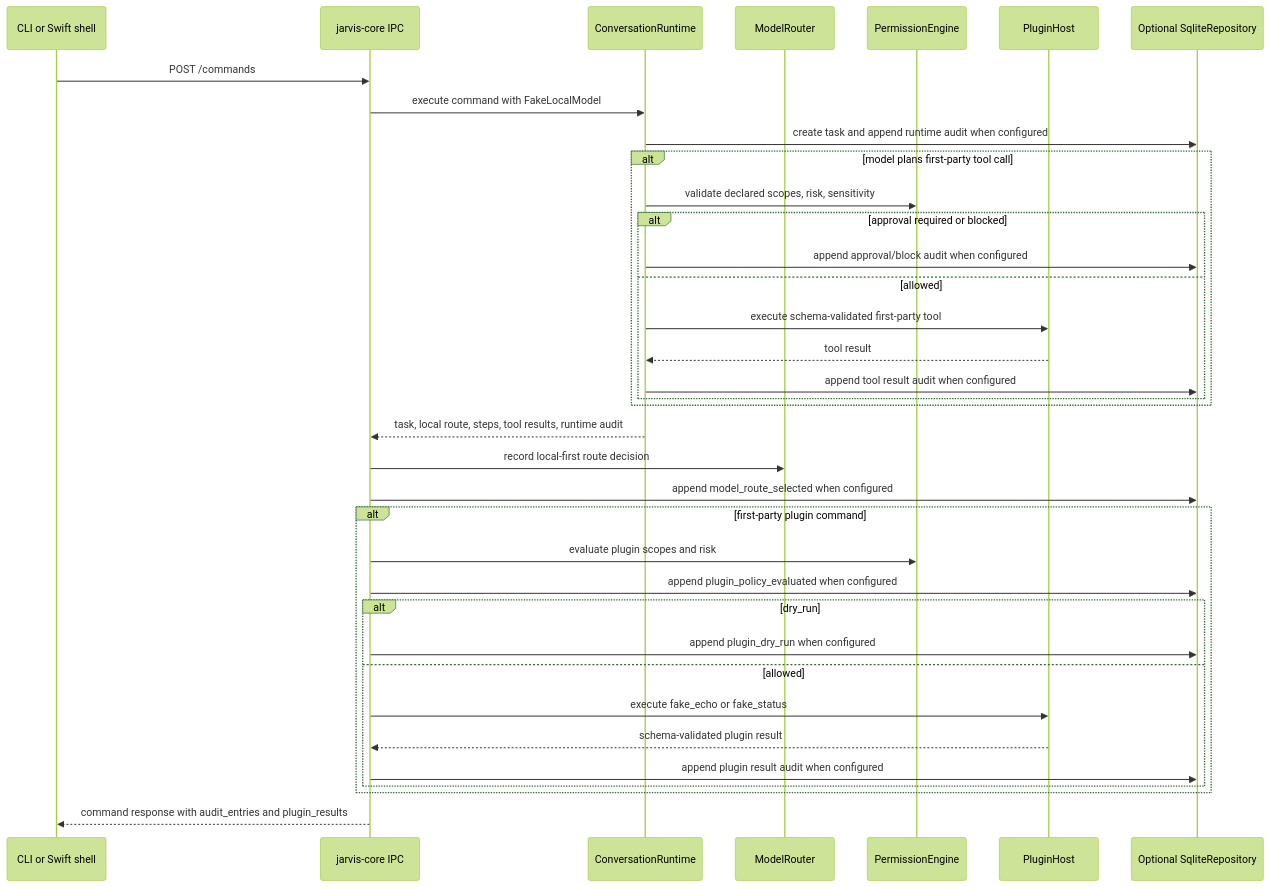
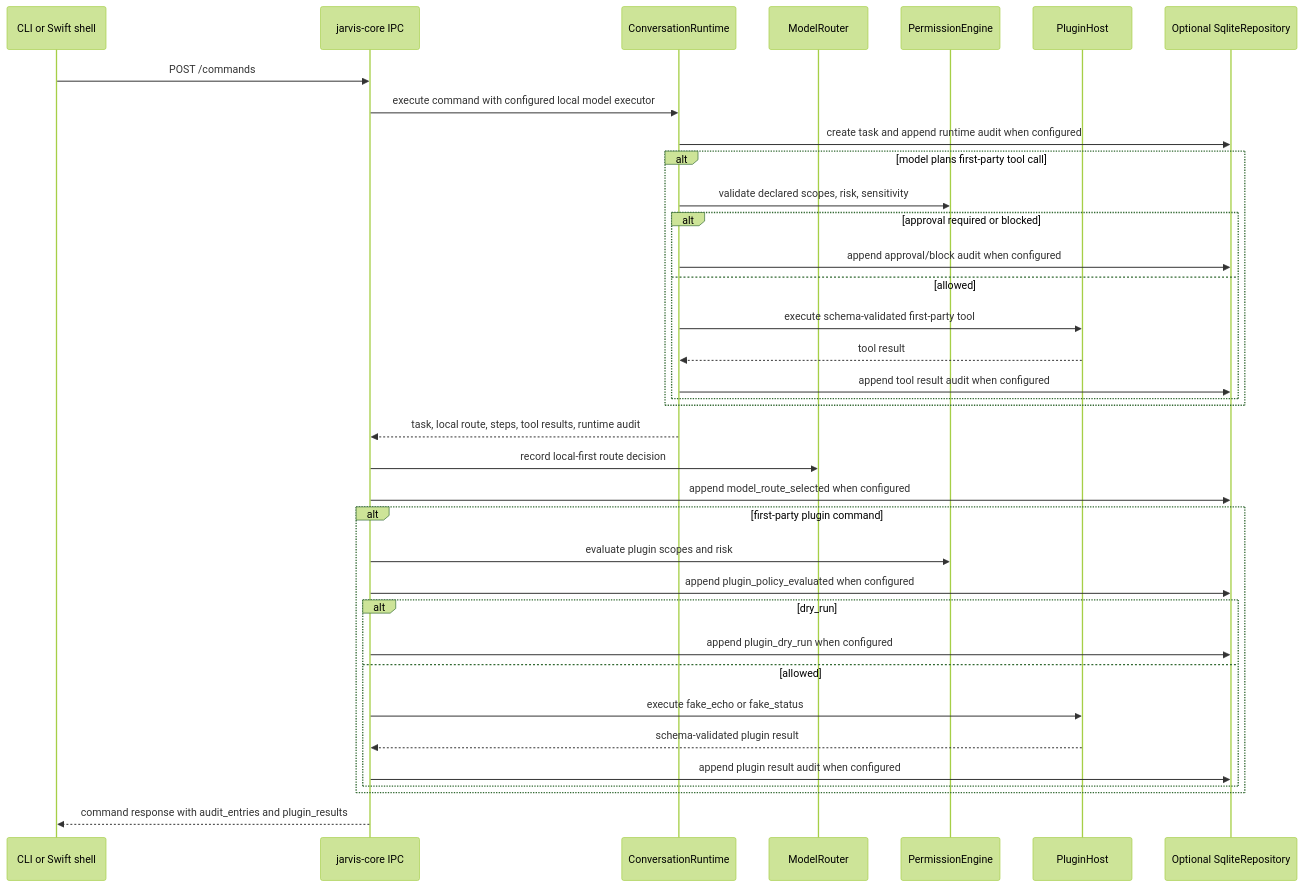
Before and after one commit to malak333/Assemblywright: the second of 4 diagrams in docs/architecture-map.md, drawn with Mermaid (forest theme). The commit also changed other lines of this file and 14 other files, not shown here.

Commit message:
Add Ollama local model provider boundary

````diff
--- a/docs/architecture-map.md
+++ b/docs/architecture-map.md
@@ -86,39 +88,39 @@
 ```mermaid
 sequenceDiagram
     participant Client as CLI or Swift shell
     participant IPC as jarvis-core IPC
     participant Runtime as ConversationRuntime
     participant Router as ModelRouter
     participant Policy as PermissionEngine
     participant Plugins as PluginHost
     participant Store as Optional SqliteRepository
 
     Client->>IPC: POST /commands
-    IPC->>Runtime: execute command with FakeLocalModel
+    IPC->>Runtime: execute command with configured local model executor
     Runtime->>Store: create task and append runtime audit when configured
     alt model plans first-party tool call
         Runtime->>Policy: validate declared scopes, risk, sensitivity
         alt approval required or blocked
             Runtime->>Store: append approval/block audit when configured
         else allowed
             Runtime->>Plugins: execute schema-validated first-party tool
             Plugins-->>Runtime: tool result
             Runtime->>Store: append tool result audit when configured
         end
     end
     Runtime-->>IPC: task, local route, steps, tool results, runtime audit
     IPC->>Router: record local-first route decision
     IPC->>Store: append model_route_selected when configured
     alt first-party plugin command
         IPC->>Policy: evaluate plugin scopes and risk
         IPC->>Store: append plugin_policy_evaluated when configured
         alt dry_run
             IPC->>Store: append plugin_dry_run when configured
         else allowed
             IPC->>Plugins: execute fake_echo or fake_status
             Plugins-->>IPC: schema-validated plugin result
             IPC->>Store: append plugin result audit when configured
         end
     end
     IPC-->>Client: command response with audit_entries and plugin_results
 ```
````
